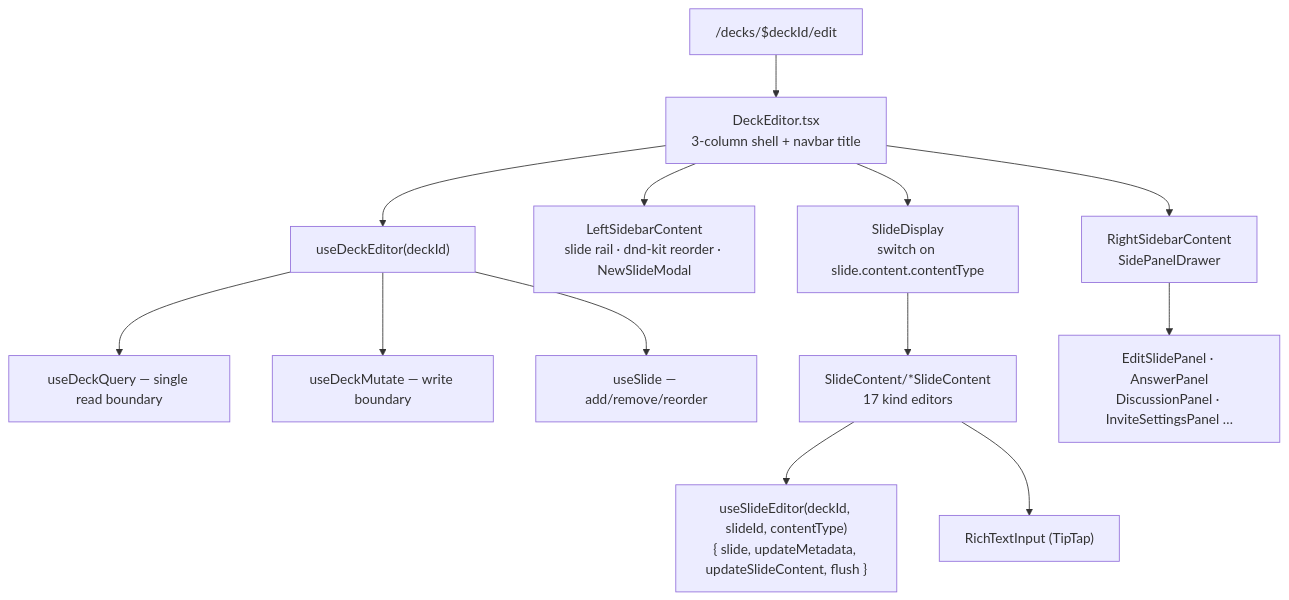
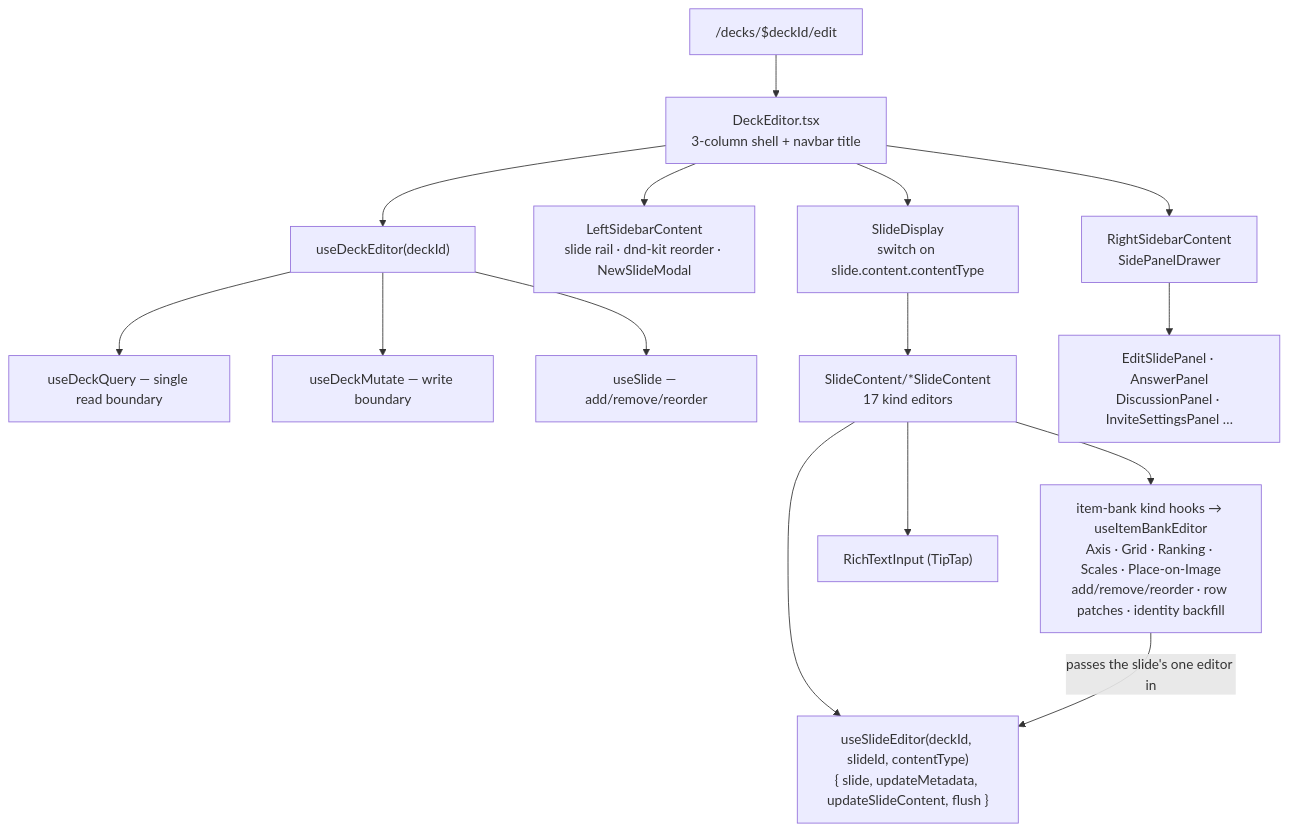
Before and after one commit to Saganaut/ambi: the fourth of 6 diagrams in z-docs/diagrams/deck-authoring.md, drawn with Mermaid. The commit also changed 22 other files, not shown here.

First line of the commit message:
refactor(deck): extract shared useItemBankEditor across item-bank hooks

````diff
--- a/z-docs/diagrams/deck-authoring.md
+++ b/z-docs/diagrams/deck-authoring.md
@@ -94,17 +94,19 @@
 ```mermaid
 flowchart TB
     ROUTE["/decks/$deckId/edit"] --> DE["DeckEditor.tsx<br/>3-column shell + navbar title"]
     DE --> HOOK["useDeckEditor(deckId)"]
     HOOK --> RQ["useDeckQuery — single read boundary"]
     HOOK --> RM["useDeckMutate — write boundary"]
     HOOK --> SL["useSlide — add/remove/reorder"]
 
     DE --> LEFT["LeftSidebarContent<br/>slide rail · dnd-kit reorder · NewSlideModal"]
     DE --> CANVAS["SlideDisplay<br/>switch on slide.content.contentType"]
     DE --> RIGHT["RightSidebarContent<br/>SidePanelDrawer"]
 
     CANVAS --> SC["SlideContent/*SlideContent<br/>17 kind editors"]
     SC --> UEE["useSlideEditor(deckId, slideId, contentType)<br/>{ slide, updateMetadata, updateSlideContent, flush }"]
+    SC --> BANK["item-bank kind hooks → useItemBankEditor<br/>Axis · Grid · Ranking · Scales · Place-on-Image<br/>add/remove/reorder · row patches · identity backfill"]
+    BANK -- "passes the slide's one editor in" --> UEE
     RIGHT --> PANELS["EditSlidePanel · AnswerPanel<br/>DiscussionPanel · InviteSettingsPanel …"]
     SC --> RTI["RichTextInput (TipTap)"]
 ```
````
